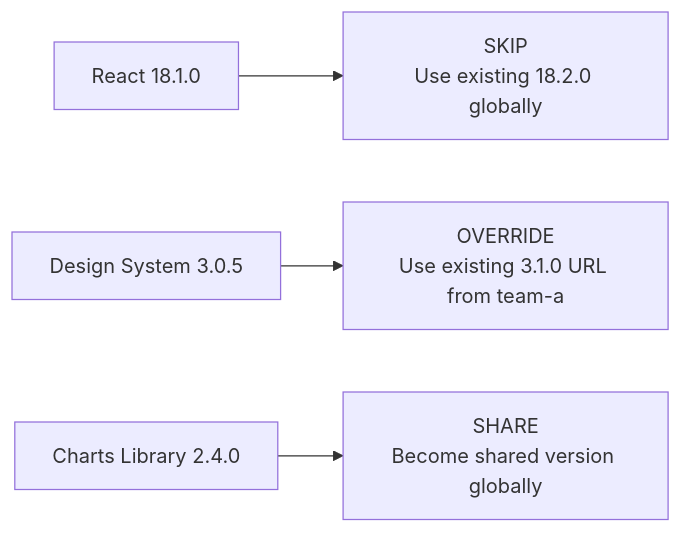
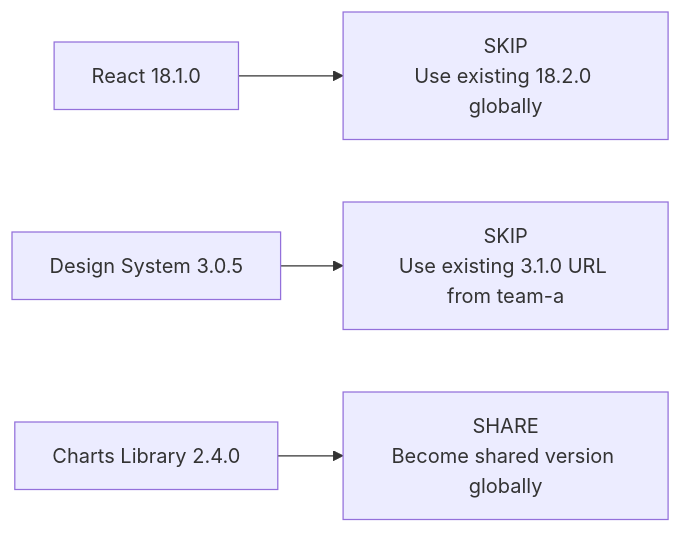
One commit to topicusonderwijs/vanilla-native-federation changed the fifth of 7 diagrams in docs/version-resolver.md. Above: the diagram before and after it, drawn with Mermaid. The commit also changed other lines of this file, not shown here.

````diff
--- a/docs/version-resolver.md
+++ b/docs/version-resolver.md
@@ -453,6 +452,6 @@
 ```mermaid
 flowchart LR
     A[React 18.1.0] --> B[SKIP<br/>Use existing 18.2.0 globally]
-    C[Design System 3.0.5] --> D[OVERRIDE<br/>Use existing 3.1.0 URL from team-a]
+    C[Design System 3.0.5] --> D[SKIP<br/>Use existing 3.1.0 URL from team-a]
     E[Charts Library 2.4.0] --> F[SHARE<br/>Become shared version globally]
 ```
````
